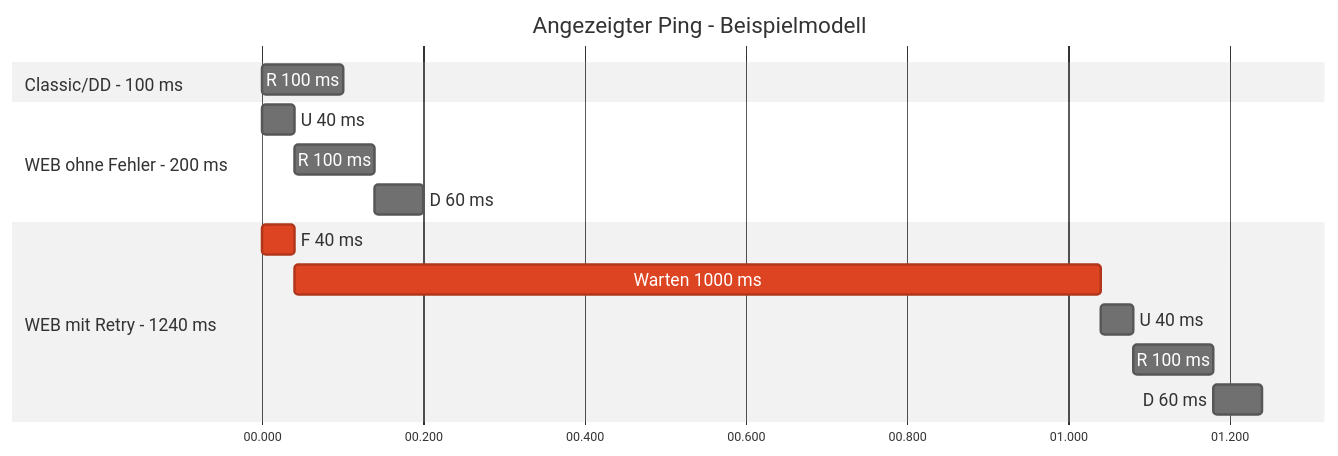
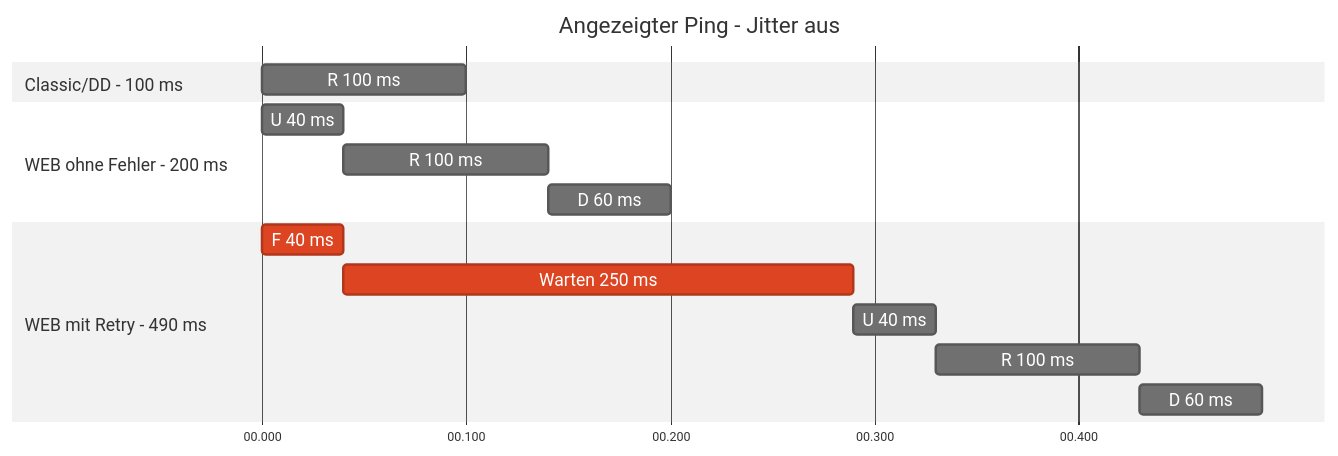
Before and after one commit to telemt/telemt: the fourth of 4 diagrams in docs/WEB/PROXY_PING.de.md, drawn with Mermaid. The commit also changed other lines of this file and 9 other files, not shown here.

Commit message:
Retry Jitter in Docs

````diff
--- a/docs/WEB/PROXY_PING.de.md
+++ b/docs/WEB/PROXY_PING.de.md
@@ -124,23 +148,23 @@
 ```mermaid
 %%{init: {"theme": "neutral", "gantt": {"leftPadding": 200, "rightPadding": 100, "barHeight": 24, "barGap": 8, "fontSize": 14, "sectionFontSize": 14}}}%%
 gantt
     dateFormat x
     axisFormat %S.%L
-    tickInterval 200millisecond
+    tickInterval 100millisecond
     todayMarker off
-    title Angezeigter Ping - Beispielmodell
-    accTitle: Angezeigter Ping - Beispielmodell
+    title Angezeigter Ping - Jitter aus
+    accTitle: Angezeigter Ping - Jitter aus
     accDescr: Sekunden seit Anfragezeitstempel, Beschriftungen in Millisekunden
     section Classic/DD - 100 ms
     R 100 ms :n_r, 0, 100ms
     section WEB ohne Fehler - 200 ms
     U 40 ms :w_u, 0, 40ms
     R 100 ms :w_r, after w_u, 100ms
     D 60 ms :w_d, after w_r, 60ms
-    section WEB mit Retry - 1240 ms
+    section WEB mit Retry - 490 ms
     F 40 ms :crit, f_u, 0, 40ms
-    Warten 1000 ms :crit, retry_wait, after f_u, 1000ms
+    Warten 250 ms :crit, retry_wait, after f_u, 250ms
     U 40 ms :retry_u, after retry_wait, 40ms
     R 100 ms :retry_r, after retry_u, 100ms
     D 60 ms :retry_d, after retry_r, 60ms
 ```
````
